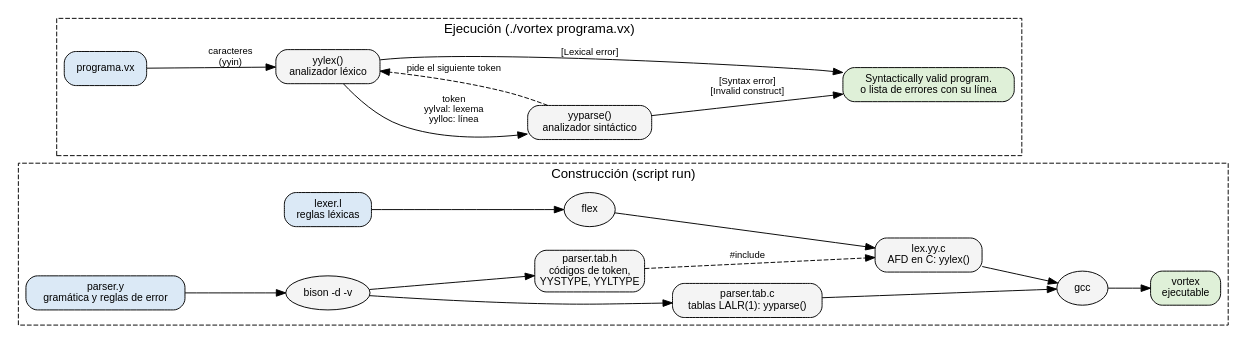
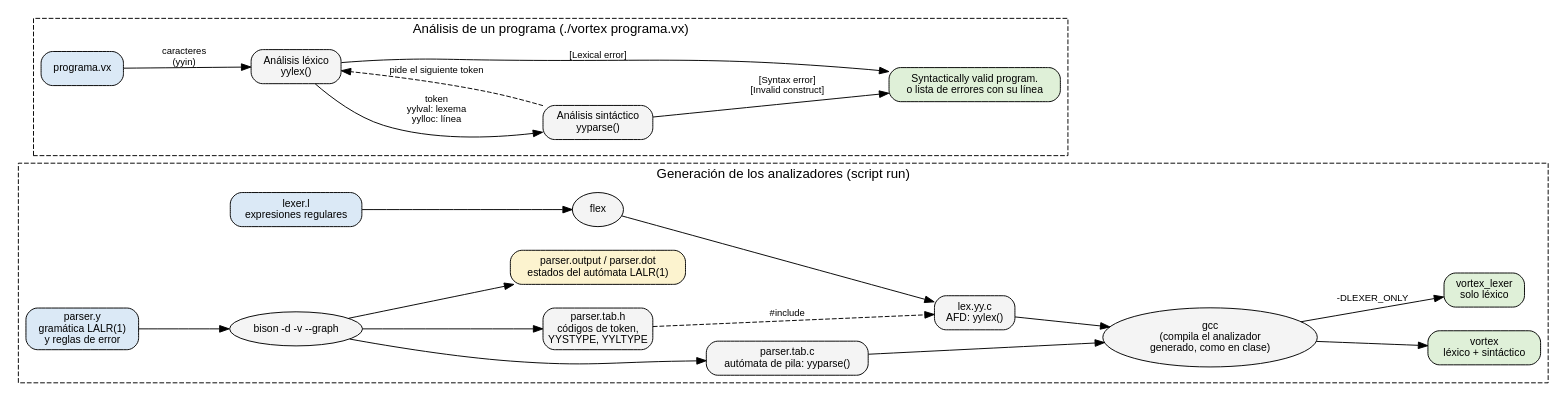
One commit to CamiloR0912/vortex_formales changed the diagram in diagramas/arquitectura.dot. Above: the diagram before and after it, drawn with Graphviz. The commit also changed 55 other files, not shown here.

Commit message:
docs: actualicé diagramas y documentación

```diff
--- a/diagramas/arquitectura.dot
+++ b/diagramas/arquitectura.dot
@@ -1,40 +1,44 @@
 
 digraph {
   rankdir=LR; compound=true; nodesep=0.35; ranksep=0.6;
   node [fontname="Helvetica", fontsize=11, shape=box, style="rounded,filled", fillcolor="#f4f4f4"];
   edge [fontname="Helvetica", fontsize=10];
 
-  subgraph cluster_construccion {
-    label="Construcción (script run)"; fontname="Helvetica"; style=dashed;
-    lexer_l   [label="lexer.l\nreglas léxicas", fillcolor="#dbe9f6"];
-    parser_y  [label="parser.y\ngramática y reglas de error", fillcolor="#dbe9f6"];
+  subgraph cluster_generacion {
+    label="Generación de los analizadores (script run)"; fontname="Helvetica"; style=dashed;
+    lexer_l   [label="lexer.l\nexpresiones regulares", fillcolor="#dbe9f6"];
+    parser_y  [label="parser.y\ngramática LALR(1)\ny reglas de error", fillcolor="#dbe9f6"];
     flex      [label="flex", shape=ellipse, style=filled];
-    bison     [label="bison -d -v", shape=ellipse, style=filled];
-    lex_c     [label="lex.yy.c\nAFD en C: yylex()"];
-    tab_c     [label="parser.tab.c\ntablas LALR(1): yyparse()"];
+    bison     [label="bison -d -v --graph", shape=ellipse, style=filled];
+    lex_c     [label="lex.yy.c\nAFD: yylex()"];
+    tab_c     [label="parser.tab.c\nautómata de pila: yyparse()"];
     tab_h     [label="parser.tab.h\ncódigos de token,\nYYSTYPE, YYLTYPE"];
-    gcc       [label="gcc", shape=ellipse, style=filled];
-    vortex    [label="vortex\nejecutable", fillcolor="#dff0d8"];
+    automata  [label="parser.output / parser.dot\nestados del autómata LALR(1)", fillcolor="#fcf3cf"];
+    gcc       [label="gcc\n(compila el analizador\ngenerado, como en clase)", shape=ellipse, style=filled];
+    vortex    [label="vortex\nléxico + sintáctico", fillcolor="#dff0d8"];
+    vlexer    [label="vortex_lexer\nsolo léxico", fillcolor="#dff0d8"];
 
     lexer_l -> flex -> lex_c -> gcc;
     parser_y -> bison;
     bison -> tab_c -> gcc;
     bison -> tab_h;
+    bison -> automata;
     tab_h -> lex_c [label="#include", style=dashed];
     gcc -> vortex;
+    gcc -> vlexer [label="-DLEXER_ONLY"];
   }
 
-  subgraph cluster_ejecucion {
-    label="Ejecución (./vortex programa.vx)"; fontname="Helvetica"; style=dashed;
+  subgraph cluster_analisis {
+    label="Análisis de un programa (./vortex programa.vx)"; fontname="Helvetica"; style=dashed;
     fuente  [label="programa.vx", fillcolor="#dbe9f6"];
-    yylex   [label="yylex()\nanalizador léxico"];
-    yyparse [label="yyparse()\nanalizador sintáctico"];
+    yylex   [label="Análisis léxico\nyylex()"];
+    yyparse [label="Análisis sintáctico\nyyparse()"];
     salida  [label="Syntactically valid program.\no lista de errores con su línea", fillcolor="#dff0d8"];
 
     fuente -> yylex [label="caracteres\n(yyin)"];
     yylex -> yyparse [label="token\nyylval: lexema\nyylloc: línea"];
     yyparse -> yylex [label="pide el siguiente token", style=dashed];
     yylex -> salida [label="[Lexical error]"];
     yyparse -> salida [label="[Syntax error]\n[Invalid construct]"];
   }
 }
```
